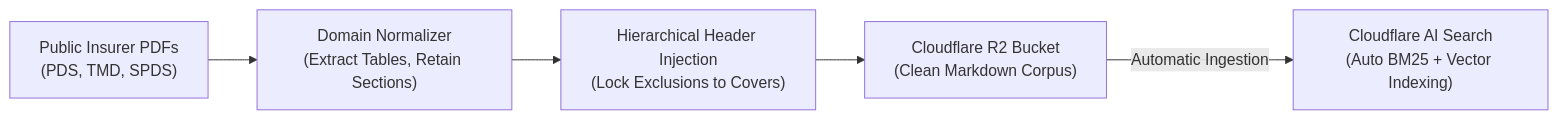
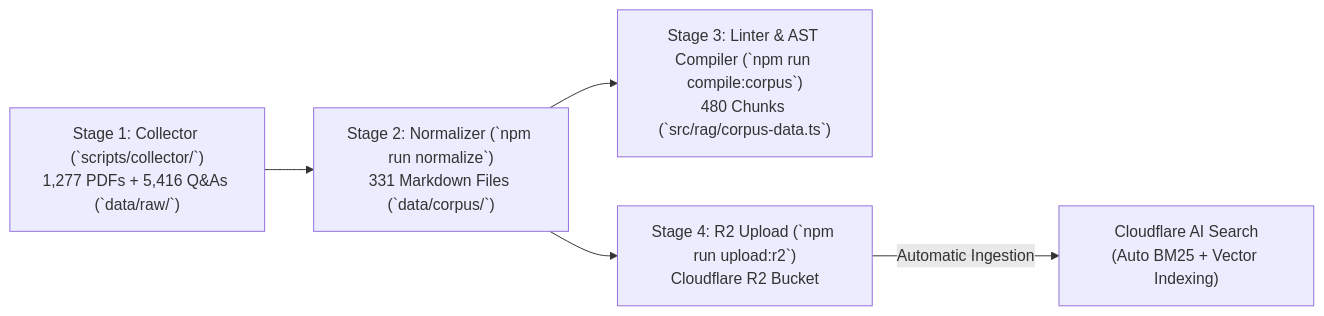
One commit to jayson-panganiban/faq-mate changed the second of 4 diagrams in docs/PRD.md. Above: the diagram before and after it, drawn with Mermaid. The commit also changed other lines of this file and 509 other files, not shown here.

````diff
--- a/docs/PRD.md
+++ b/docs/PRD.md
@@ -72,7 +75,7 @@
 ```mermaid
 flowchart LR
-    PDF["Public Insurer PDFs<br/>(PDS, TMD, SPDS)"] --> LocalParser["Domain Normalizer<br/>(Extract Tables, Retain Sections)"]
-    LocalParser --> HeaderInject["Hierarchical Header Injection<br/>(Lock Exclusions to Covers)"]
-    HeaderInject --> R2["Cloudflare R2 Bucket<br/>(Clean Markdown Corpus)"]
+    Collector["Stage 1: Collector (`scripts/collector/`)<br/>1,277 PDFs + 5,416 Q&As (`data/raw/`)"] --> Normalizer["Stage 2: Normalizer (`npm run normalize`)<br/>331 Markdown Files (`data/corpus/`)"]
+    Normalizer --> Compiler["Stage 3: Linter & AST Compiler (`npm run compile:corpus`)<br/>480 Chunks (`src/rag/corpus-data.ts`)"]
+    Normalizer --> R2["Stage 4: R2 Upload (`npm run upload:r2`)<br/>Cloudflare R2 Bucket"]
     R2 -->|Automatic Ingestion| AISearch["Cloudflare AI Search<br/>(Auto BM25 + Vector Indexing)"]
 ```
````
